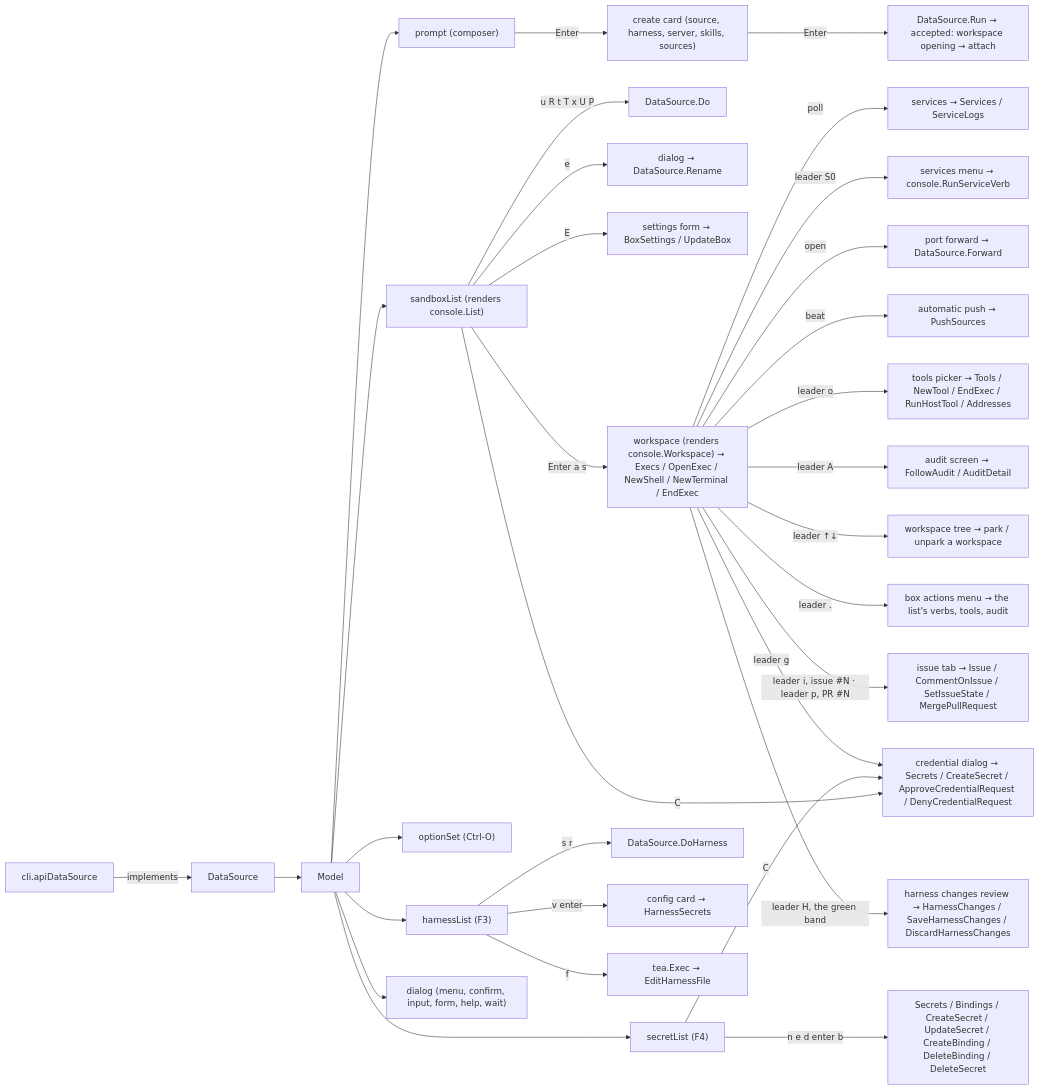
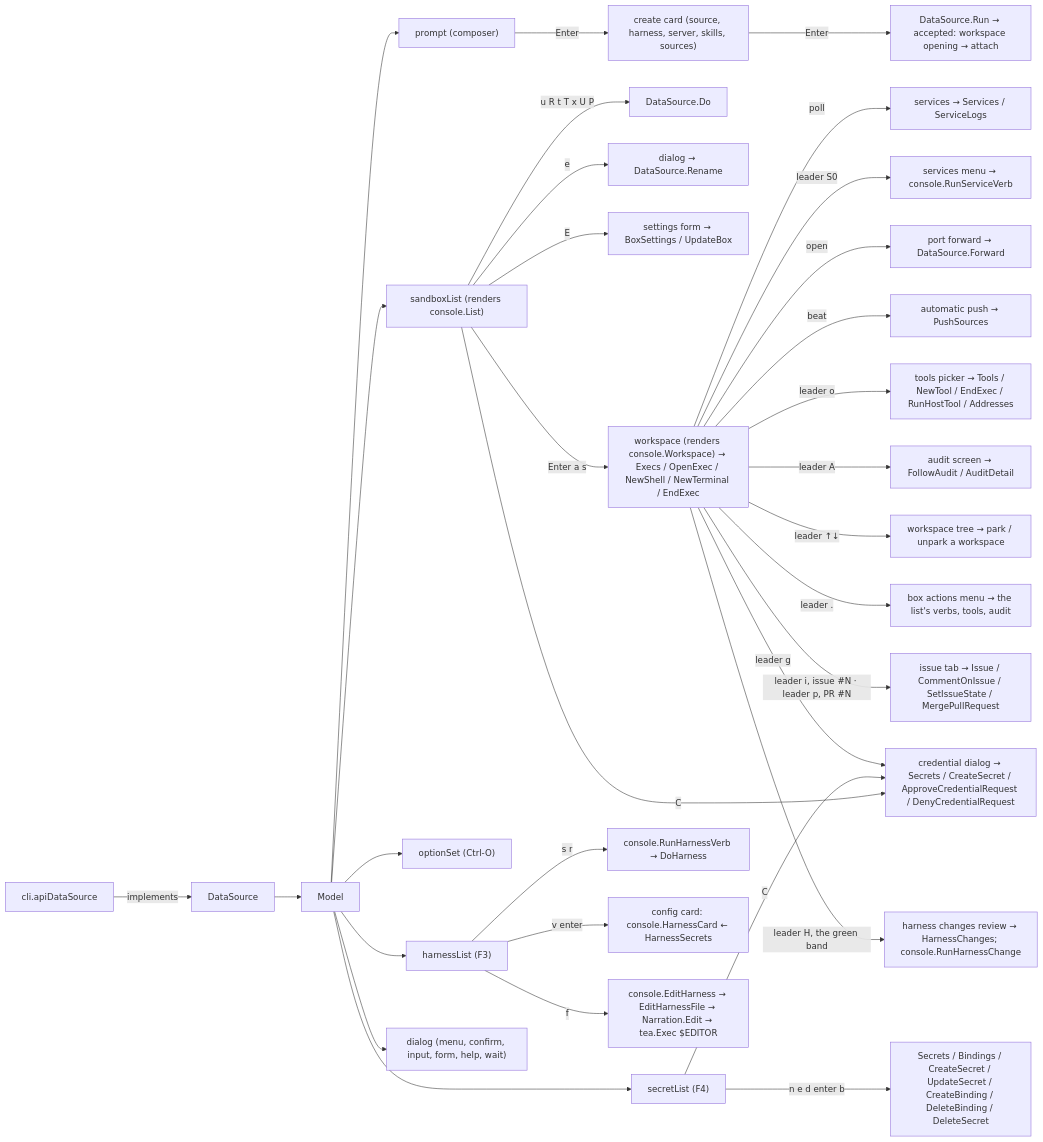
One commit to discobox-ai/discobox changed the first of 2 diagrams in cli/internal/tui/DESIGN.md. Above: the diagram before and after it, drawn with Mermaid. The commit also changed other lines of this file and 30 other files, not shown here.

````diff
--- a/cli/internal/tui/DESIGN.md
+++ b/cli/internal/tui/DESIGN.md
@@ -14,34 +14,34 @@
 ```mermaid
 flowchart LR
     CLI["cli.apiDataSource"] -->|implements| DS["DataSource"]
     DS --> M["Model"]
     M --> P["prompt (composer)"]
     M --> L["sandboxList (renders console.List)"]
     M --> O["optionSet (Ctrl-O)"]
     M --> A["harnessList (F3)"]
     M --> D["dialog (menu, confirm, input, form, help, wait)"]
     P -->|Enter| Card["create card (source, harness, server, skills, sources)"]
     Card -->|Enter| Run["DataSource.Run → accepted: workspace opening → attach"]
     L -->|u R t T x U P| Verb["DataSource.Do"]
     L -->|e| Rename["dialog → DataSource.Rename"]
     L -->|E| Settings["settings form → BoxSettings / UpdateBox"]
     L -->|Enter a s| WS["workspace (renders console.Workspace) → Execs / OpenExec / NewShell / NewTerminal / EndExec"]
     WS -->|poll| Svc["services → Services / ServiceLogs"]
     WS -->|leader S0| SvcMenu["services menu → console.RunServiceVerb"]
     WS -->|open| Fwd["port forward → DataSource.Forward"]
     WS -->|beat| Push["automatic push → PushSources"]
     L -->|C| Cred["credential dialog → Secrets / CreateSecret / ApproveCredentialRequest / DenyCredentialRequest"]
     M --> S["secretList (F4)"]
     S -->|n e d enter b| SVerb["Secrets / Bindings / CreateSecret / UpdateSecret / CreateBinding / DeleteBinding / DeleteSecret"]
     S -->|C| Cred
     WS -->|leader g| Cred
     WS -->|leader o| T["tools picker → Tools / NewTool / EndExec / RunHostTool / Addresses"]
     WS -->|leader A| Aud["audit screen → FollowAudit / AuditDetail"]
     WS -->|leader ↑↓| Tree["workspace tree → park / unpark a workspace"]
     WS -->|leader .| Menu["box actions menu → the list's verbs, tools, audit"]
     WS -->|leader i, issue #N · leader p, PR #N| Iss["issue tab → Issue / CommentOnIssue / SetIssueState / MergePullRequest"]
-    A -->|s r| AVerb["DataSource.DoHarness"]
-    A -->|v enter| ACard["config card → HarnessSecrets"]
-    A -->|f| AExec["tea.Exec → EditHarnessFile"]
-    WS -->|leader H, the green band| HC["harness changes review → HarnessChanges / SaveHarnessChanges / DiscardHarnessChanges"]
+    A -->|s r| AVerb["console.RunHarnessVerb → DoHarness"]
+    A -->|v enter| ACard["config card: console.HarnessCard ← HarnessSecrets"]
+    A -->|f| AExec["console.EditHarness → EditHarnessFile → Narration.Edit → tea.Exec $EDITOR"]
+    WS -->|leader H, the green band| HC["harness changes review → HarnessChanges; console.RunHarnessChange"]
 ```
````
